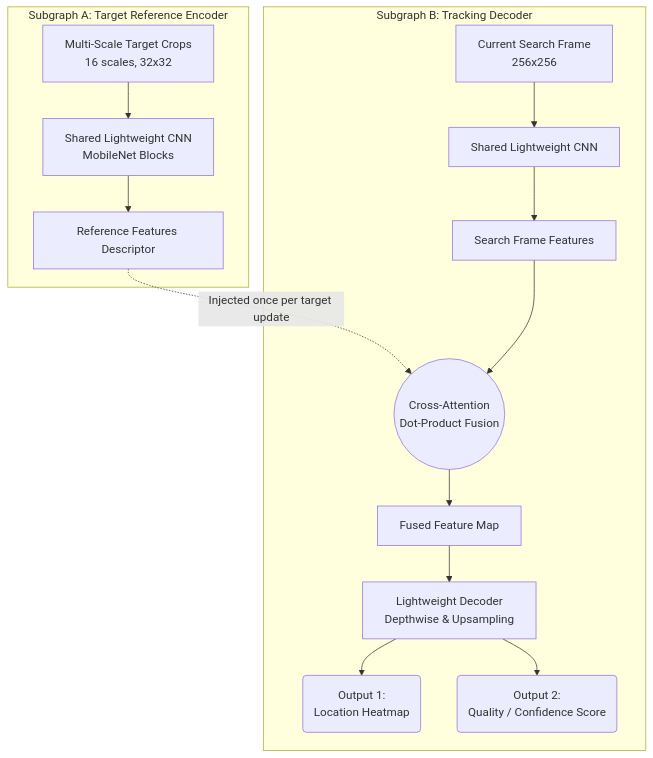
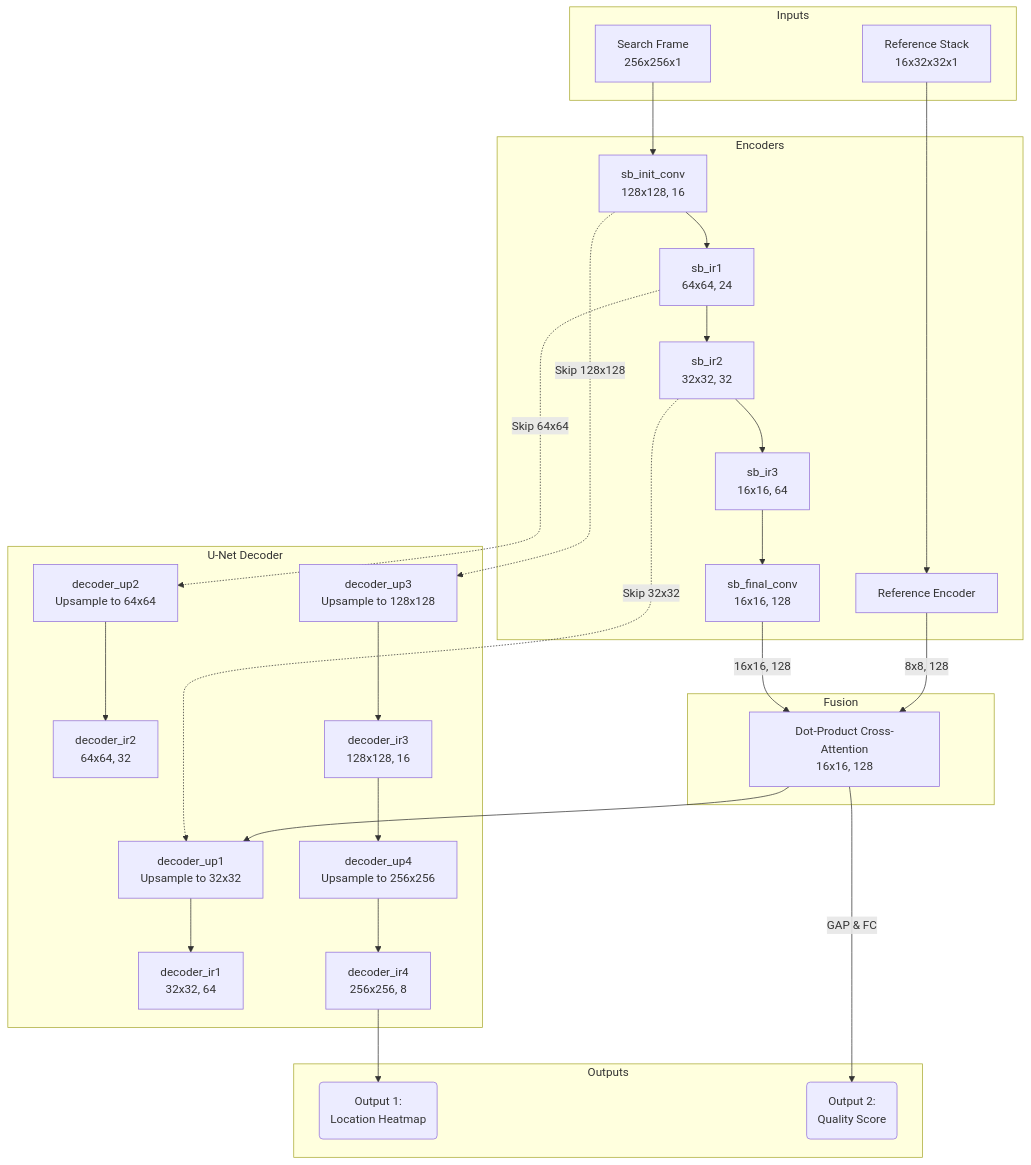
Before and after one commit to elazarkin82/smart_rahfan: the diagram in training/tracker/tracker_ver4/README.md, drawn with Mermaid. The commit also changed other lines of this file and 3 other files, not shown here.

````diff
--- a/training/tracker/tracker_ver4/README.md
+++ b/training/tracker/tracker_ver4/README.md
@@ -25,22 +35,67 @@
 ```mermaid
 graph TD
-    subgraph Subgraph A: Target Reference Encoder
-        A1[Multi-Scale Target Crops<br>16 scales, 32x32] --> B1[Shared Lightweight CNN<br>MobileNet Blocks]
-        B1 --> C1[Reference Features Descriptor]
+    %% Inputs
+    subgraph Inputs
+        Ref[Reference Stack<br/>16x32x32x1]
+        Search[Search Frame<br/>256x256x1]
     end
 
-    subgraph Subgraph B: Tracking Decoder
-        D1[Current Search Frame<br>256x256] --> E1[Shared Lightweight CNN]
-        E1 --> F1[Search Frame Features]
-        
-        C1 -.->|Injected once per target update| G1
-        F1 --> G1((Cross-Attention<br>Dot-Product Fusion))
-        
-        G1 --> H1[Fused Feature Map]
-        
-        H1 --> I1[Lightweight Decoder<br>Depthwise & Upsampling]
-        
-        I1 --> J1(Output 1:<br>Location Heatmap)
-        I1 --> K1(Output 2:<br>Quality / Confidence Score)
+    %% Encoders
+    subgraph Encoders
+        RefEnc[Reference Encoder]
+        SB_Init[sb_init_conv<br/>128x128, 16]
+        SB_IR1[sb_ir1<br/>64x64, 24]
+        SB_IR2[sb_ir2<br/>32x32, 32]
+        SB_IR3[sb_ir3<br/>16x16, 64]
+        SB_Final[sb_final_conv<br/>16x16, 128]
     end
+
+    Ref --> RefEnc
+    Search --> SB_Init
+    SB_Init --> SB_IR1
+    SB_IR1 --> SB_IR2
+    SB_IR2 --> SB_IR3
+    SB_IR3 --> SB_Final
+
+    %% Attention
+    subgraph Fusion
+        Attn[Dot-Product Cross-Attention<br/>16x16, 128]
+    end
+    RefEnc -->|8x8, 128| Attn
+    SB_Final -->|16x16, 128| Attn
+
+    %% Decoder
+    subgraph U-Net Decoder
+        Dec_Up1[decoder_up1<br/>Upsample to 32x32]
+        Dec_IR1[decoder_ir1<br/>32x32, 64]
+        Dec_Up2[decoder_up2<br/>Upsample to 64x64]
+        Dec_IR2[decoder_ir2<br/>64x64, 32]
+        Dec_Up3[decoder_up3<br/>Upsample to 128x128]
+        Dec_IR3[decoder_ir3<br/>128x128, 16]
+        Dec_Up4[decoder_up4<br/>Upsample to 256x256]
+        Dec_IR4[decoder_ir4<br/>256x256, 8]
+    end
+
+    Attn --> Dec_Up1
+    
+    %% Skip Connections
+    SB_IR2 -.->|Skip 32x32| Dec_Up1
+    Dec_Up1 --> Dec_IR1
+    
+    SB_IR1 -.->|Skip 64x64| Dec_Up2
+    Dec_Up2 --> Dec_IR2
+    
+    SB_Init -.->|Skip 128x128| Dec_Up3
+    Dec_Up3 --> Dec_IR3
+    
+    Dec_IR3 --> Dec_Up4
+    Dec_Up4 --> Dec_IR4
+
+    %% Outputs
+    subgraph Outputs
+        Out_HM(Output 1:<br/>Location Heatmap)
+        Out_Q(Output 2:<br/>Quality Score)
+    end
+    Dec_IR4 --> Out_HM
+    Attn -->|GAP & FC| Out_Q
 ```
````
